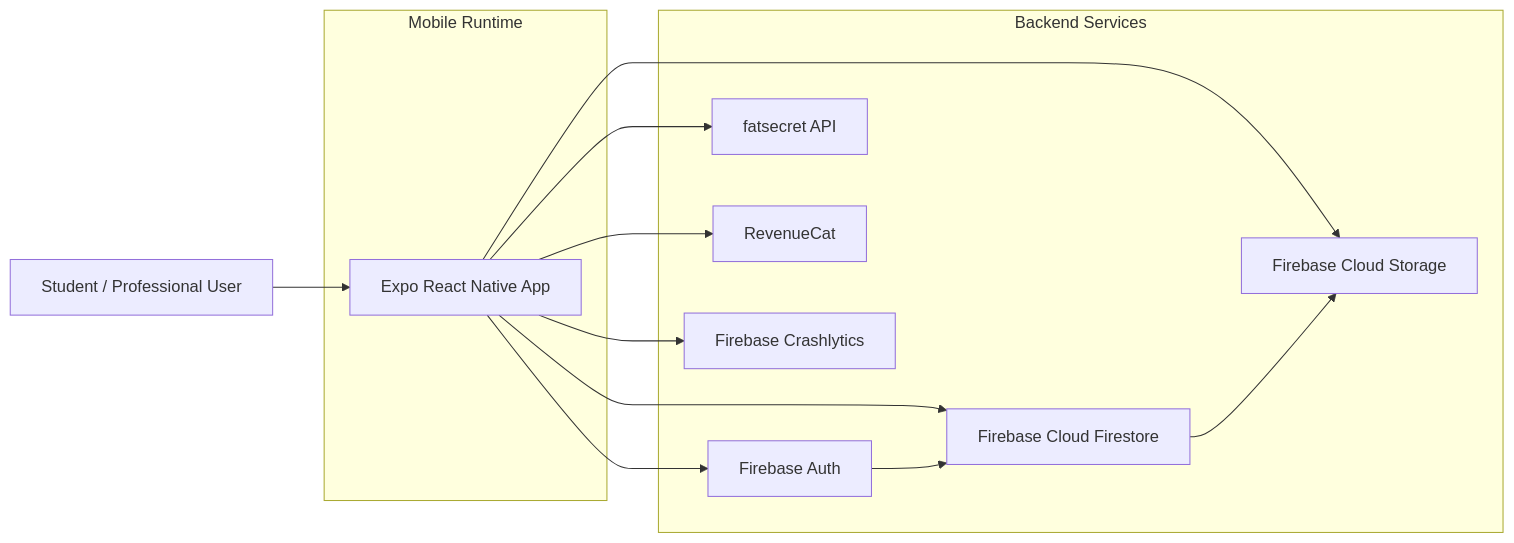
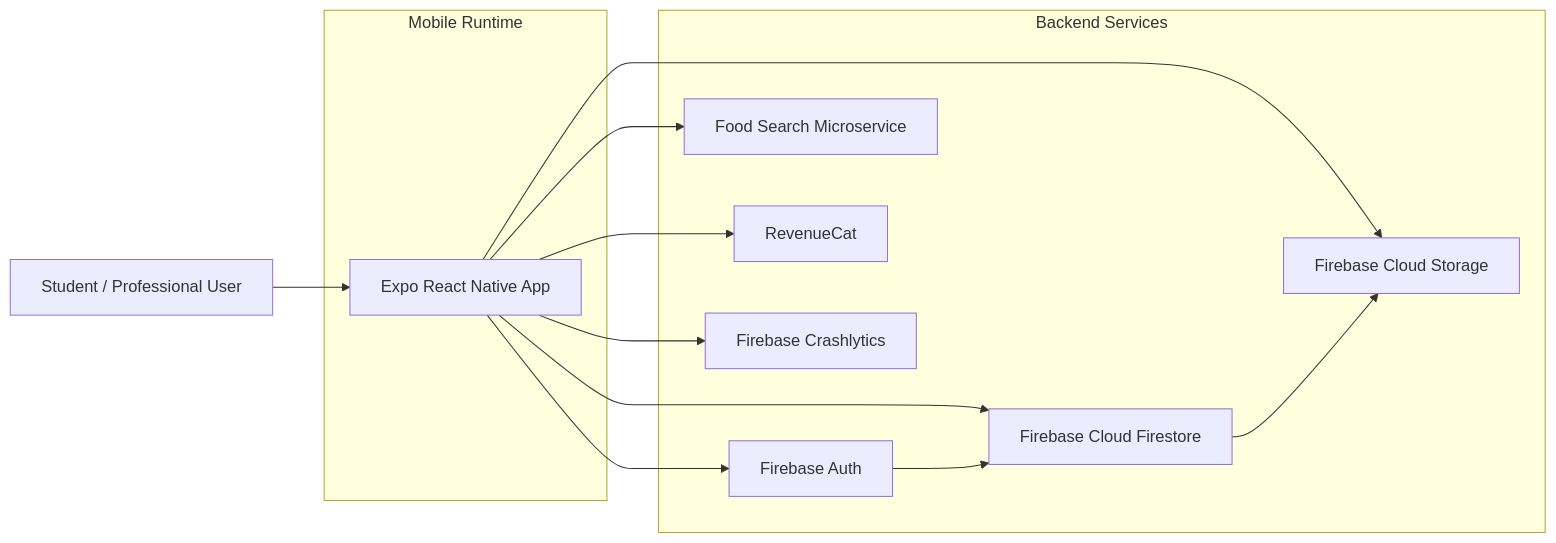
One commit to edufelip/MyChampions changed the diagram in docs/diagrams/mobile-stack-high-level-v1.md. Above: the diagram before and after it, drawn with Mermaid. The commit also changed 117 other files, not shown here.

Commit message:
chore: overall improvements to settings flow

````diff
--- a/docs/diagrams/mobile-stack-high-level-v1.md
+++ b/docs/diagrams/mobile-stack-high-level-v1.md
@@ -3,27 +3,27 @@
 ```mermaid
 flowchart LR
   U[Student / Professional User] --> A[Expo React Native App]
 
   A --> B[Firebase Auth]
   A --> C[Firebase Cloud Firestore]
   A --> D[Firebase Cloud Storage]
-  A --> E[fatsecret API]
+  A --> E[Food Search Microservice]
   A --> F[RevenueCat]
   A --> G[Firebase Crashlytics]
 
   B --> C
   C --> D
 
   subgraph Mobile Runtime
     A
   end
 
   subgraph Backend Services
     B
     C
     D
     E
     F
     G
   end
 ```
````
